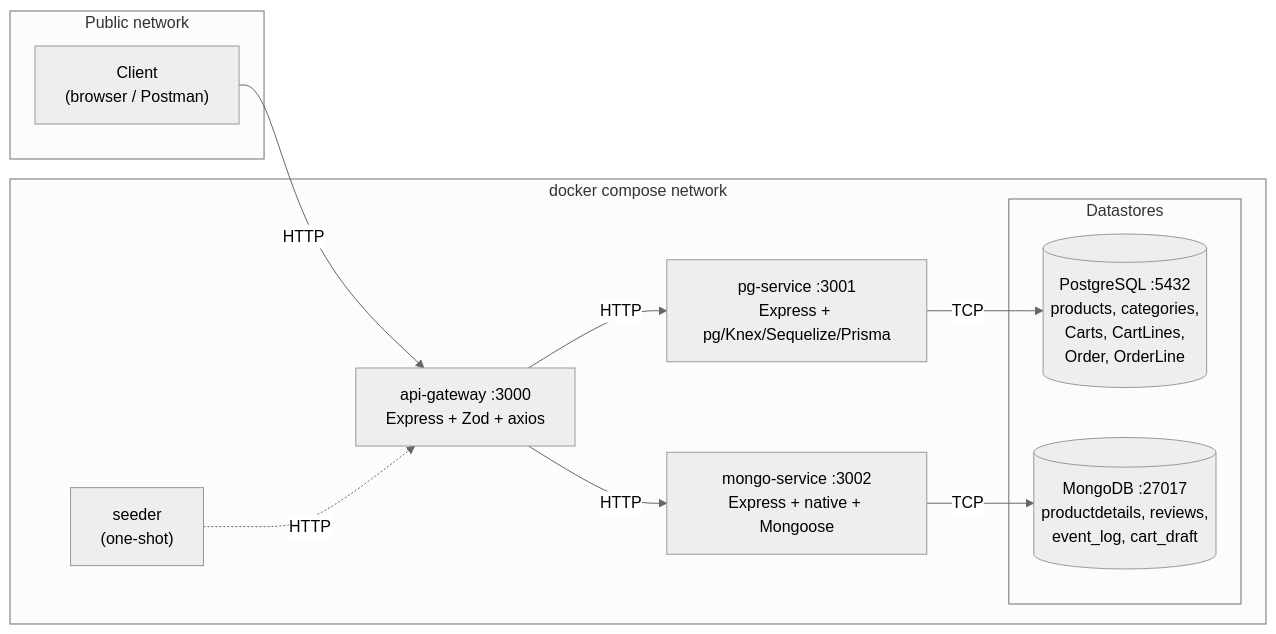
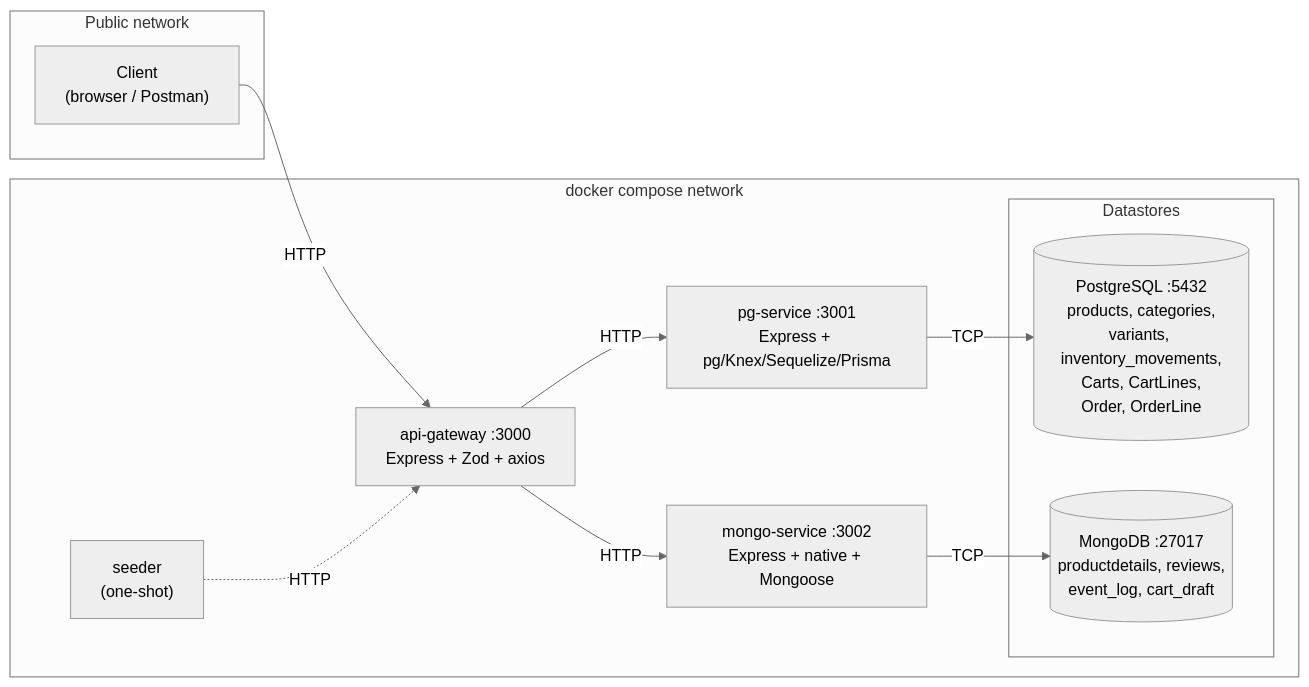
Before and after one commit to zofiadobrowolskaa/ecommerce: the first of 3 diagrams in README.md, drawn with Mermaid (neutral theme). The commit also changed other lines of this file and 7 other files, not shown here.

Commit message:
feat(pg): relational variants and inventory audit for checkout

````diff
--- a/README.md
+++ b/README.md
@@ -30,25 +30,25 @@
 ```mermaid
 flowchart LR
     subgraph public ["Public network"]
         Client["Client<br/>(browser / Postman)"]
     end
 
     subgraph docker ["docker compose network"]
         GW["api-gateway :3000<br/>Express + Zod + axios"]
         PG_SVC["pg-service :3001<br/>Express + pg/Knex/Sequelize/Prisma"]
         MG_SVC["mongo-service :3002<br/>Express + native + Mongoose"]
         SEED["seeder<br/>(one-shot)"]
 
         subgraph datastores ["Datastores"]
-            PG[("PostgreSQL :5432<br/>products, categories,<br/>Carts, CartLines,<br/>Order, OrderLine")]
+            PG[("PostgreSQL :5432<br/>products, categories,<br/>variants, inventory_movements,<br/>Carts, CartLines,<br/>Order, OrderLine")]
             MG[("MongoDB :27017<br/>productdetails, reviews,<br/>event_log, cart_draft")]
         end
     end
 
     Client --HTTP--> GW
     GW --HTTP--> PG_SVC
     GW --HTTP--> MG_SVC
     SEED -.HTTP.-> GW
     PG_SVC --TCP--> PG
     MG_SVC --TCP--> MG
 ```
````
